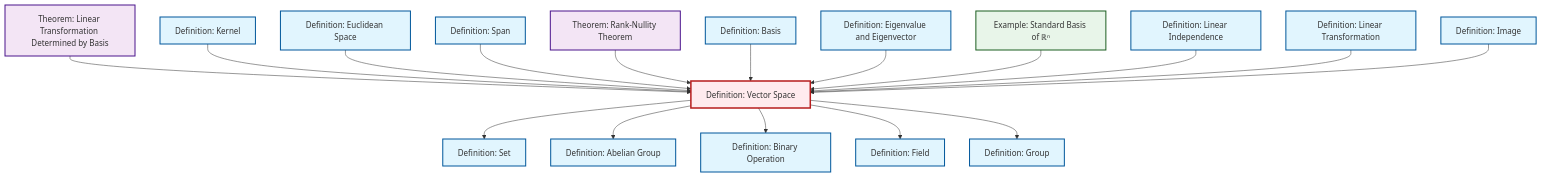
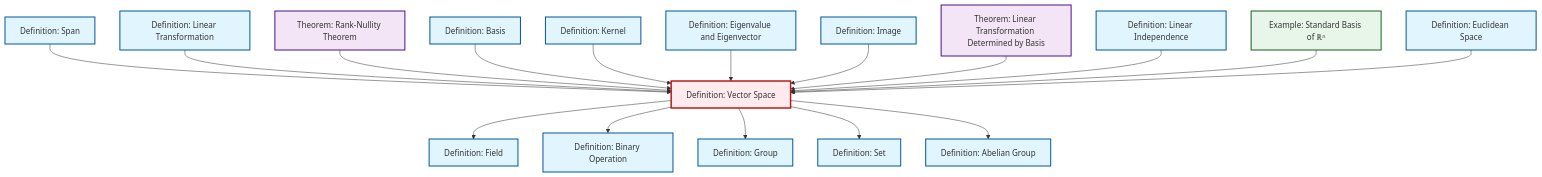
Before and after one commit to RK0429/ModernMath: the diagram in content/en/algebra/def-vector-space.qmd, drawn with Mermaid. The commit also changed other lines of this file and 554 other files, not shown here.

````diff
--- a/content/en/algebra/def-vector-space.qmd
+++ b/content/en/algebra/def-vector-space.qmd
@@ -51,59 +51,59 @@
 ```{mermaid}
 %%| fig-cap: "Local dependency graph"
 graph TD
     classDef definition fill:#e1f5fe,stroke:#01579b,stroke-width:2px
     classDef theorem fill:#f3e5f5,stroke:#4a148c,stroke-width:2px
     classDef axiom fill:#fff3e0,stroke:#e65100,stroke-width:2px
     classDef example fill:#e8f5e9,stroke:#1b5e20,stroke-width:2px
     classDef current fill:#ffebee,stroke:#b71c1c,stroke-width:3px
-    def-abelian-group["Definition: Abelian Group"]:::definition
-    def-set["Definition: Set"]:::definition
+    def-field["Definition: Field"]:::definition
+    def-vector-space["Definition: Vector Space"]:::definition
     thm-linear-transformation-basis["Theorem: Linear Transformation Determined by Basis"]:::theorem
     thm-rank-nullity["Theorem: Rank-Nullity Theorem"]:::theorem
-    def-field["Definition: Field"]:::definition
     def-image["Definition: Image"]:::definition
+    def-kernel["Definition: Kernel"]:::definition
+    def-abelian-group["Definition: Abelian Group"]:::definition
+    def-span["Definition: Span"]:::definition
+    def-basis["Definition: Basis"]:::definition
+    def-linear-transformation["Definition: Linear Transformation"]:::definition
+    def-group["Definition: Group"]:::definition
     ex-standard-basis-rn["Example: Standard Basis of ℝⁿ"]:::example
+    def-binary-operation["Definition: Binary Operation"]:::definition
+    def-set["Definition: Set"]:::definition
+    def-linear-independence["Definition: Linear Independence"]:::definition
     def-euclidean-space["Definition: Euclidean Space"]:::definition
-    def-group["Definition: Group"]:::definition
-    def-linear-transformation["Definition: Linear Transformation"]:::definition
     def-eigenvalue-eigenvector["Definition: Eigenvalue and Eigenvector"]:::definition
-    def-vector-space["Definition: Vector Space"]:::definition
-    def-span["Definition: Span"]:::definition
-    def-binary-operation["Definition: Binary Operation"]:::definition
-    def-linear-independence["Definition: Linear Independence"]:::definition
-    def-basis["Definition: Basis"]:::definition
-    def-kernel["Definition: Kernel"]:::definition
-    def-vector-space --> def-set
-    thm-linear-transformation-basis --> def-vector-space
-    def-kernel --> def-vector-space
-    def-euclidean-space --> def-vector-space
     def-span --> def-vector-space
+    def-vector-space --> def-field
+    def-linear-transformation --> def-vector-space
+    def-vector-space --> def-binary-operation
     thm-rank-nullity --> def-vector-space
     def-basis --> def-vector-space
+    def-kernel --> def-vector-space
+    def-eigenvalue-eigenvector --> def-vector-space
+    def-vector-space --> def-group
+    def-image --> def-vector-space
+    thm-linear-transformation-basis --> def-vector-space
+    def-linear-independence --> def-vector-space
+    def-vector-space --> def-set
     def-vector-space --> def-abelian-group
-    def-vector-space --> def-binary-operation
-    def-eigenvalue-eigenvector --> def-vector-space
     ex-standard-basis-rn --> def-vector-space
-    def-linear-independence --> def-vector-space
-    def-vector-space --> def-field
-    def-linear-transformation --> def-vector-space
-    def-image --> def-vector-space
-    def-vector-space --> def-group
+    def-euclidean-space --> def-vector-space
     class def-vector-space current
-    click def-abelian-group "def-abelian-group.html" "Go to Abelian Group definition"
-    click def-set "def-set.html" "Go to Set definition"
+    click def-field "def-field.html" "Go to Field definition"
     click thm-linear-transformation-basis "thm-linear-transformation-basis.html" "Go to Linear Transformation Determined by Basis theorem"
     click thm-rank-nullity "thm-rank-nullity.html" "Go to Rank-Nullity Theorem theorem"
-    click def-field "def-field.html" "Go to Field definition"
     click def-image "def-image.html" "Go to Image definition"
+    click def-kernel "def-kernel.html" "Go to Kernel definition"
+    click def-abelian-group "def-abelian-group.html" "Go to Abelian Group definition"
+    click def-span "def-span.html" "Go to Span definition"
+    click def-basis "def-basis.html" "Go to Basis definition"
+    click def-linear-transformation "def-linear-transformation.html" "Go to Linear Transformation definition"
+    click def-group "def-group.html" "Go to Group definition"
     click ex-standard-basis-rn "ex-standard-basis-rn.html" "Go to Standard Basis of ℝⁿ example"
+    click def-binary-operation "def-binary-operation.html" "Go to Binary Operation definition"
+    click def-set "def-set.html" "Go to Set definition"
+    click def-linear-independence "def-linear-independence.html" "Go to Linear Independence definition"
     click def-euclidean-space "def-euclidean-space.html" "Go to Euclidean Space definition"
-    click def-group "def-group.html" "Go to Group definition"
-    click def-linear-transformation "def-linear-transformation.html" "Go to Linear Transformation definition"
     click def-eigenvalue-eigenvector "def-eigenvalue-eigenvector.html" "Go to Eigenvalue and Eigenvector definition"
-    click def-span "def-span.html" "Go to Span definition"
-    click def-binary-operation "def-binary-operation.html" "Go to Binary Operation definition"
-    click def-linear-independence "def-linear-independence.html" "Go to Linear Independence definition"
-    click def-basis "def-basis.html" "Go to Basis definition"
-    click def-kernel "def-kernel.html" "Go to Kernel definition"
 ```
````
